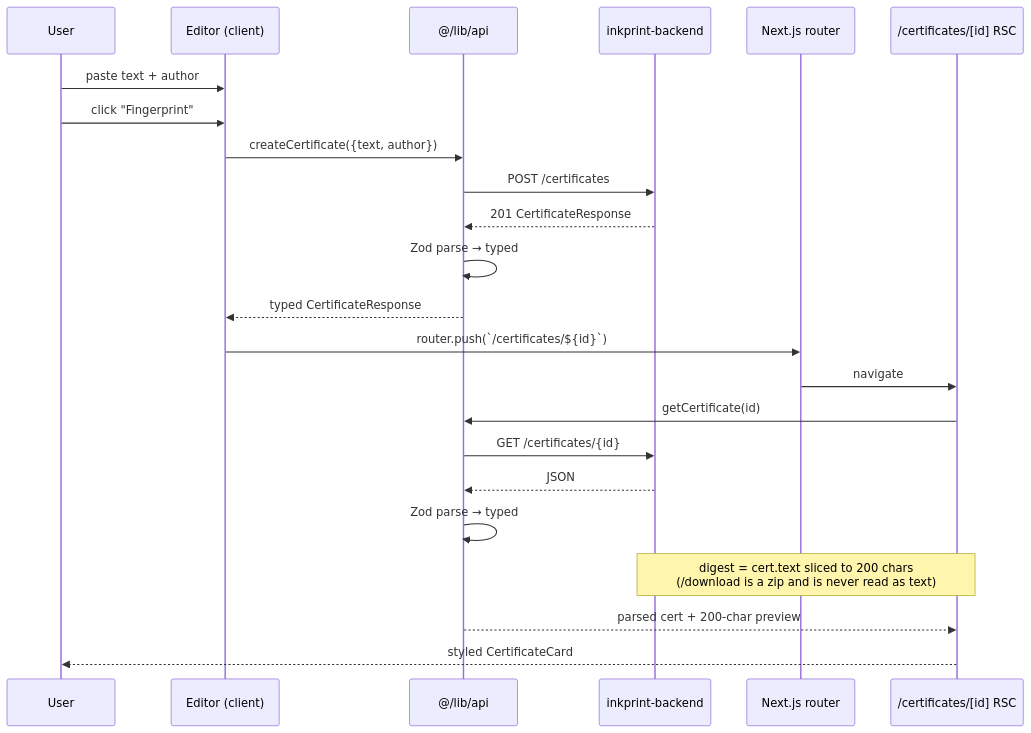
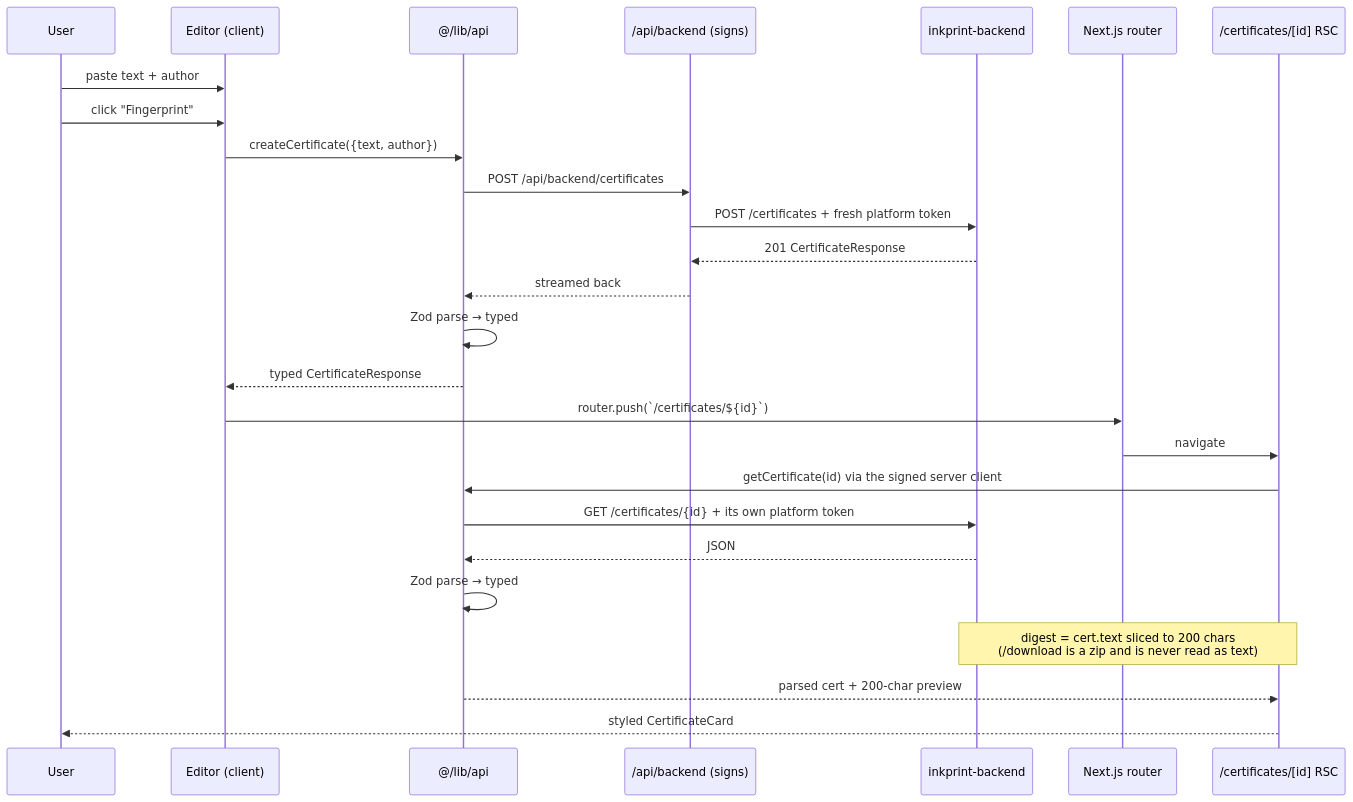
Before and after one commit to Abdul-Muizz1310/inkprint-frontend: the second of 2 diagrams in docs/ARCHITECTURE.md, drawn with Mermaid. The commit also changed other lines of this file and 34 other files, not shown here.

First line of the commit message:
feat(api): proxy backend calls with a signed contract-v2 token

````diff
--- a/docs/ARCHITECTURE.md
+++ b/docs/ARCHITECTURE.md
@@ -76,26 +84,29 @@
 ```mermaid
 sequenceDiagram
   participant U as User
   participant E as Editor (client)
   participant API as @/lib/api
+  participant P as /api/backend (signs)
   participant BE as inkprint-backend
   participant R as Next.js router
   participant RSC as /certificates/[id] RSC
 
   U->>E: paste text + author
   U->>E: click "Fingerprint"
   E->>API: createCertificate({text, author})
-  API->>BE: POST /certificates
-  BE-->>API: 201 CertificateResponse
+  API->>P: POST /api/backend/certificates
+  P->>BE: POST /certificates + fresh platform token
+  BE-->>P: 201 CertificateResponse
+  P-->>API: streamed back
   API->>API: Zod parse → typed
   API-->>E: typed CertificateResponse
   E->>R: router.push(`/certificates/${id}`)
   R->>RSC: navigate
-  RSC->>API: getCertificate(id)
-  API->>BE: GET /certificates/{id}
+  RSC->>API: getCertificate(id) via the signed server client
+  API->>BE: GET /certificates/{id} + its own platform token
   BE-->>API: JSON
   API->>API: Zod parse → typed
   Note over RSC,BE: digest = cert.text sliced to 200 chars<br/>(/download is a zip and is never read as text)
   API-->>RSC: parsed cert + 200-char preview
   RSC-->>U: styled CertificateCard
 ```
````
